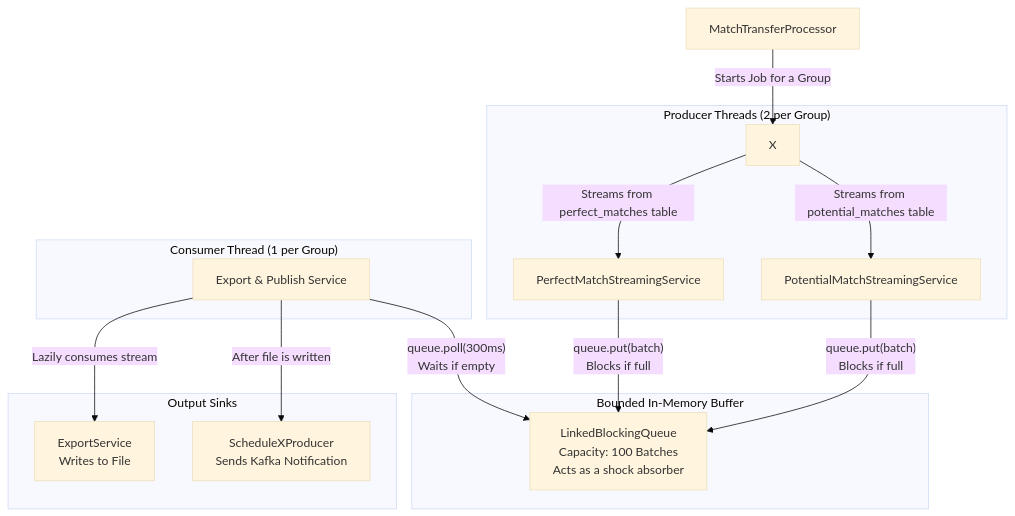
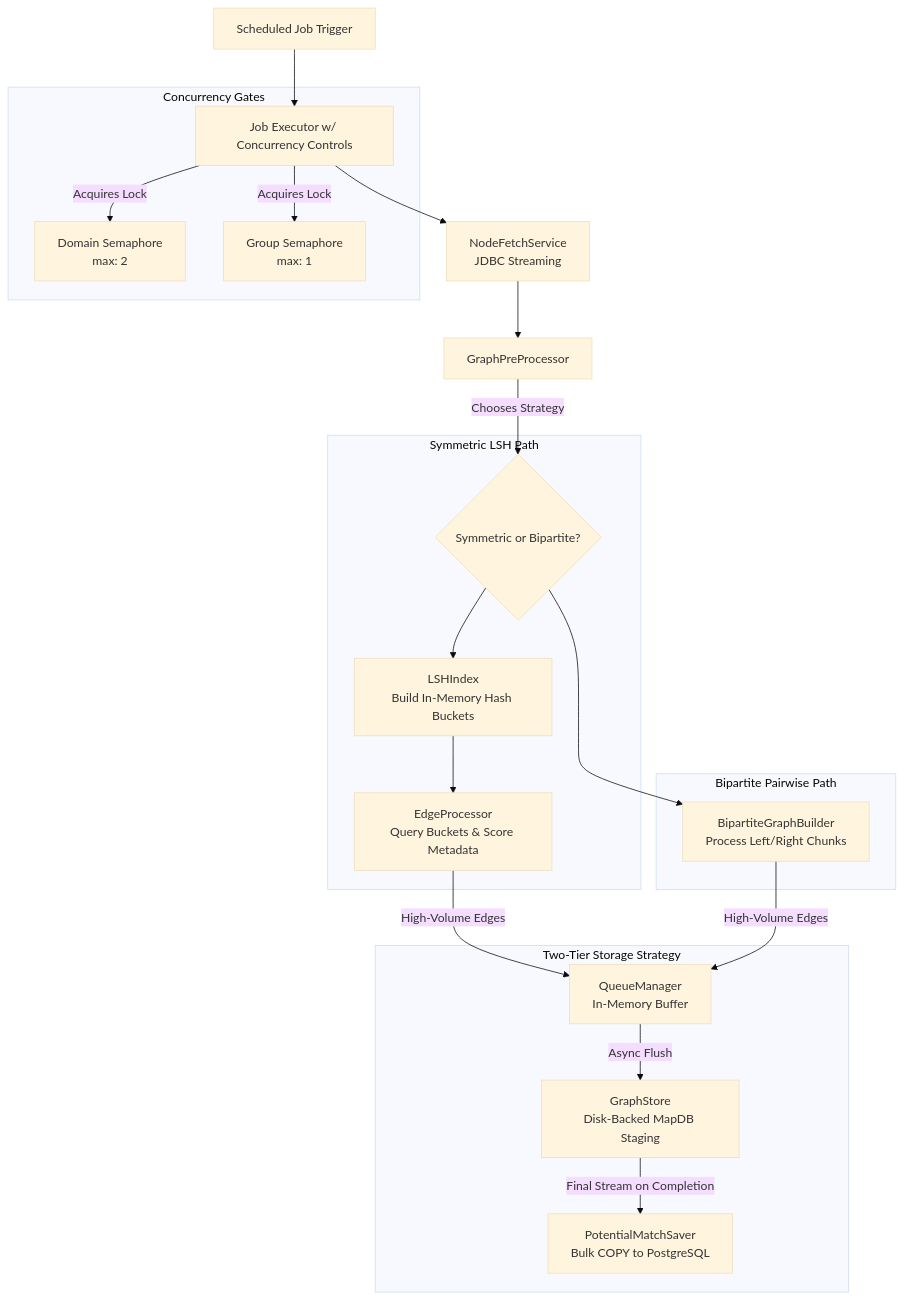
The third of 5 diagrams in Readme.md (kagit00/schedule_x), drawn with Mermaid (base theme) before and after one commit. The commit also changed other lines of this file, not shown here.

````diff
--- a/Readme.md
+++ b/Readme.md
@@ -129,30 +107,29 @@
 ```mermaid
-graph TB
-    A["MatchTransferProcessor"] -->|"Starts Job for a Group"| X
-
-    subgraph Producer_Threads ["Producer Threads (2 per Group)"]
-        X -->|"Streams from potential_matches table"| P1["PotentialMatchStreamingService"]
-        X -->|"Streams from perfect_matches table"| P2["PerfectMatchStreamingService"]
+graph TD
+    A[Scheduled Job Trigger] --> B[Job Executor w/ Concurrency Controls]
+    
+    subgraph Concurrency_Gates [Concurrency Gates]
+        B -->|"Acquires Lock"| B1["Domain Semaphore<br/>max: 2"]
+        B -->|"Acquires Lock"| B2["Group Semaphore<br/>max: 1"]
     end
 
-    subgraph InMemory_Buffer ["Bounded In-Memory Buffer"]
-        B["LinkedBlockingQueue<br/>Capacity: 100 Batches<br/>Acts as a shock absorber"]
+    B --> C["NodeFetchService<br/>JDBC Streaming"]
+    C --> D[GraphPreProcessor]
+    D -->|"Chooses Strategy"| E{Symmetric or Bipartite?}
+
+    subgraph Symmetric_Path ["Symmetric LSH Path"]
+        E --> F["LSHIndex<br/>Build In-Memory Hash Buckets"]
+        F --> G["EdgeProcessor<br/>Query Buckets & Score Metadata"]
     end
 
-    subgraph Consumer_Thread ["Consumer Thread (1 per Group)"]
-        C["Export & Publish Service"]
+    subgraph Bipartite_Path ["Bipartite Pairwise Path"]
+        E --> H["BipartiteGraphBuilder<br/>Process Left/Right Chunks"]
     end
 
-    P1 -->|"queue.put(batch)<br/>Blocks if full"| B
-    P2 -->|"queue.put(batch)<br/>Blocks if full"| B
-    C -->|"queue.poll(300ms)<br/>Waits if empty"| B
-
-    subgraph Output_Sinks ["Output Sinks"]
-        D["ExportService<br/>Writes to File"]
-        E["ScheduleXProducer<br/>Sends Kafka Notification"]
+    subgraph Two_Tier_Storage ["Two-Tier Storage Strategy"]
+        G & H -->|"High-Volume Edges"| I["QueueManager<br/>In-Memory Buffer"]
+        I -->|"Async Flush"| J["GraphStore<br/>Disk-Backed MapDB Staging"]
+        J -->|"Final Stream on Completion"| K["PotentialMatchSaver<br/>Bulk COPY to PostgreSQL"]
     end
 
-    C -->|"Lazily consumes stream"| D
-    C -->|"After file is written"| E
-
 ```
````
